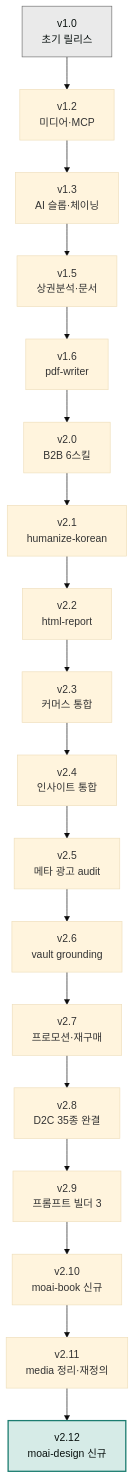
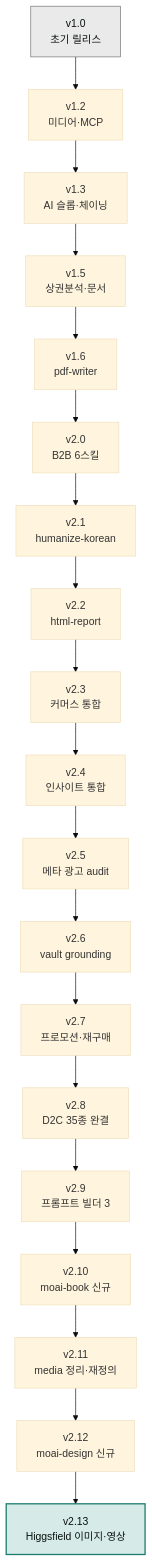
One commit to modu-ai/claude changed the diagram in content/releases/_index.md. Above: the diagram before and after it, drawn with Mermaid (base theme). The commit also changed other lines of this file and 5 other files, not shown here.

````diff
--- a/content/releases/_index.md
+++ b/content/releases/_index.md
@@ -9,23 +9,24 @@
 ```mermaid
 flowchart TD
     V10["v1.0<br/>초기 릴리스"] --> V12["v1.2<br/>미디어·MCP"]
     V12 --> V13["v1.3<br/>AI 슬롭·체이닝"]
     V13 --> V15["v1.5<br/>상권분석·문서"]
     V15 --> V16["v1.6<br/>pdf-writer"]
     V16 --> V20["v2.0<br/>B2B 6스킬"]
     V20 --> V21["v2.1<br/>humanize-korean"]
     V21 --> V22["v2.2<br/>html-report"]
     V22 --> V23["v2.3<br/>커머스 통합"]
     V23 --> V24["v2.4<br/>인사이트 통합"]
     V24 --> V25["v2.5<br/>메타 광고 audit"]
     V25 --> V26["v2.6<br/>vault grounding"]
     V26 --> V27["v2.7<br/>프로모션·재구매"]
     V27 --> V28["v2.8<br/>D2C 35종 완결"]
     V28 --> V29["v2.9<br/>프롬프트 빌더 3"]
     V29 --> V210["v2.10<br/>moai-book 신규"]
     V210 --> V211["v2.11<br/>media 정리·재정의"]
     V211 --> V212["v2.12<br/>moai-design 신규"]
+    V212 --> V213["v2.13<br/>Higgsfield 이미지·영상"]
 
     style V10 fill:#eaeaea,stroke:#6e6e6e,color:#09110f
-    style V212 fill:#d6ebe7,stroke:#1c7c70,stroke-width:2px,color:#09110f
+    style V213 fill:#d6ebe7,stroke:#1c7c70,stroke-width:2px,color:#09110f
 ```
````
